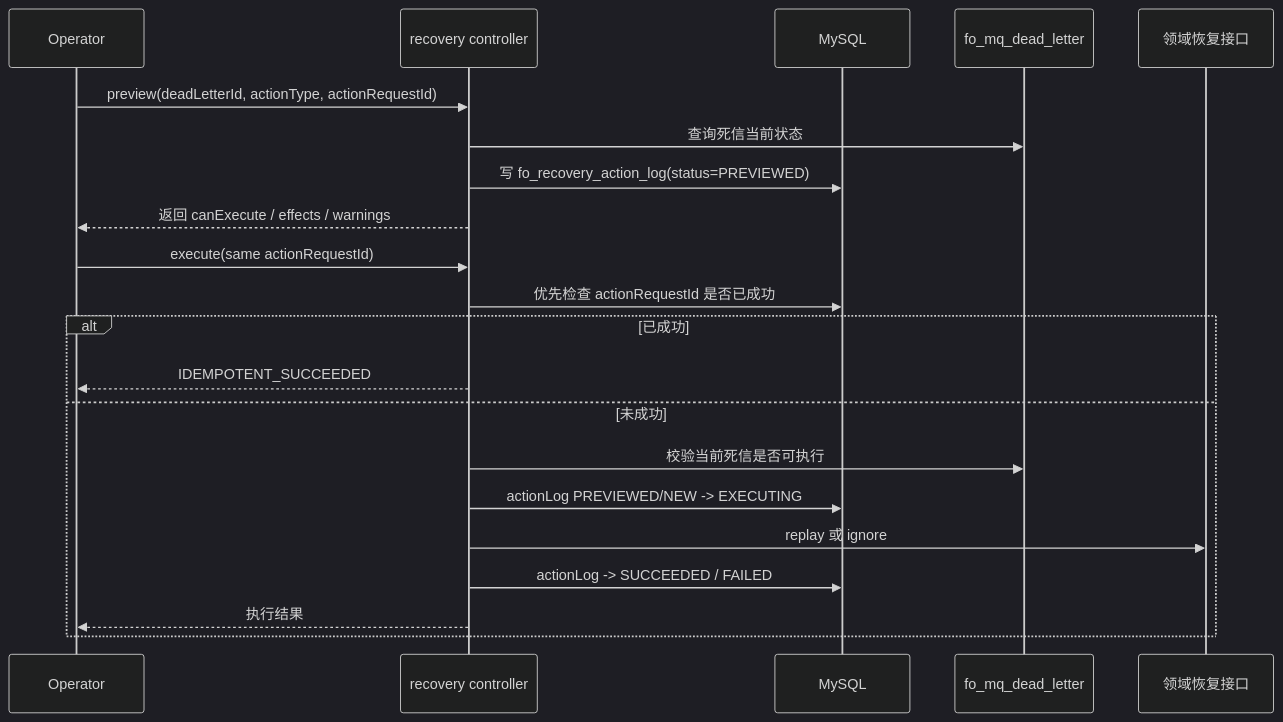
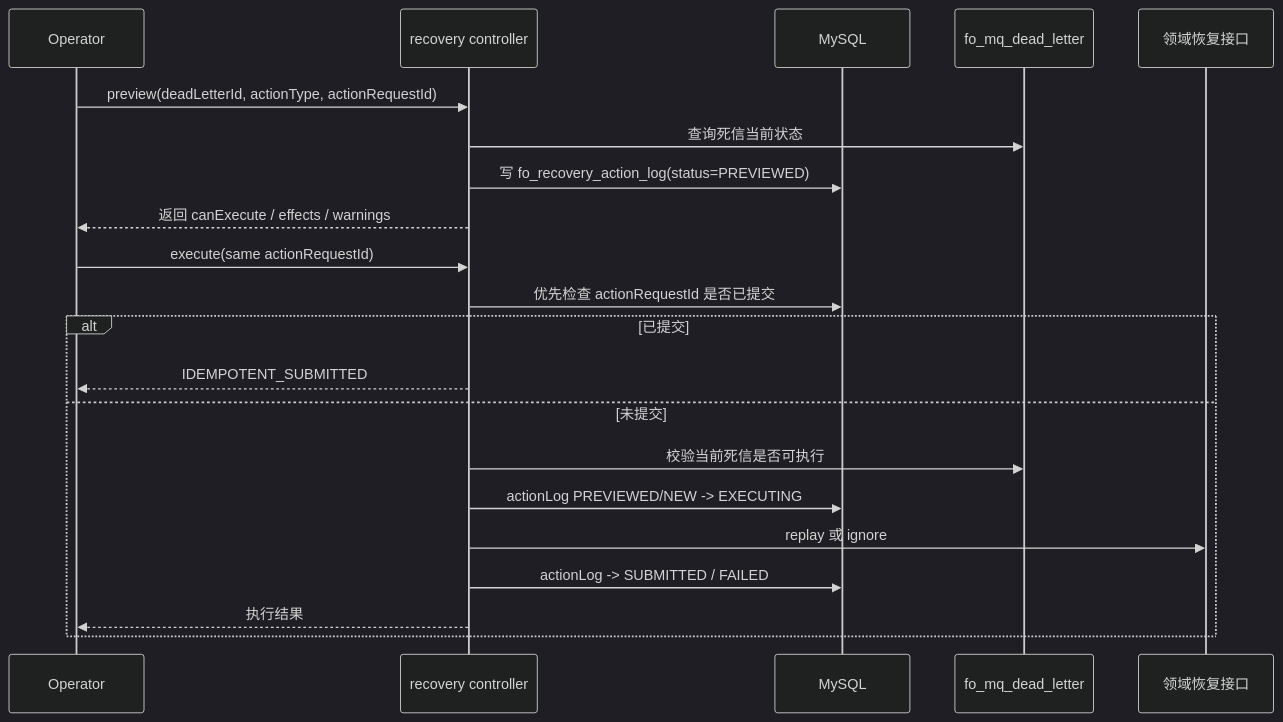
Before and after one commit to KunShengWang/FlowOrder: the fourth of 4 diagrams in docs/architecture/floworder-architecture.md, drawn with Mermaid (dark theme). The commit also changed other lines of this file and 13 other files, not shown here.

````diff
--- a/docs/architecture/floworder-architecture.md
+++ b/docs/architecture/floworder-architecture.md
@@ -127,25 +127,25 @@
 ```mermaid
 sequenceDiagram
     participant Admin as Operator
     participant Recovery as recovery controller
     participant DB as MySQL
     participant DLQ as fo_mq_dead_letter
     participant Domain as 领域恢复接口
 
     Admin->>Recovery: preview(deadLetterId, actionType, actionRequestId)
     Recovery->>DLQ: 查询死信当前状态
     Recovery->>DB: 写 fo_recovery_action_log(status=PREVIEWED)
     Recovery-->>Admin: 返回 canExecute / effects / warnings
 
     Admin->>Recovery: execute(same actionRequestId)
-    Recovery->>DB: 优先检查 actionRequestId 是否已成功
-    alt 已成功
-        Recovery-->>Admin: IDEMPOTENT_SUCCEEDED
-    else 未成功
+    Recovery->>DB: 优先检查 actionRequestId 是否已提交
+    alt 已提交
+        Recovery-->>Admin: IDEMPOTENT_SUBMITTED
+    else 未提交
         Recovery->>DLQ: 校验当前死信是否可执行
         Recovery->>DB: actionLog PREVIEWED/NEW -> EXECUTING
         Recovery->>Domain: replay 或 ignore
-        Recovery->>DB: actionLog -> SUCCEEDED / FAILED
+        Recovery->>DB: actionLog -> SUBMITTED / FAILED
         Recovery-->>Admin: 执行结果
     end
 ```
````
